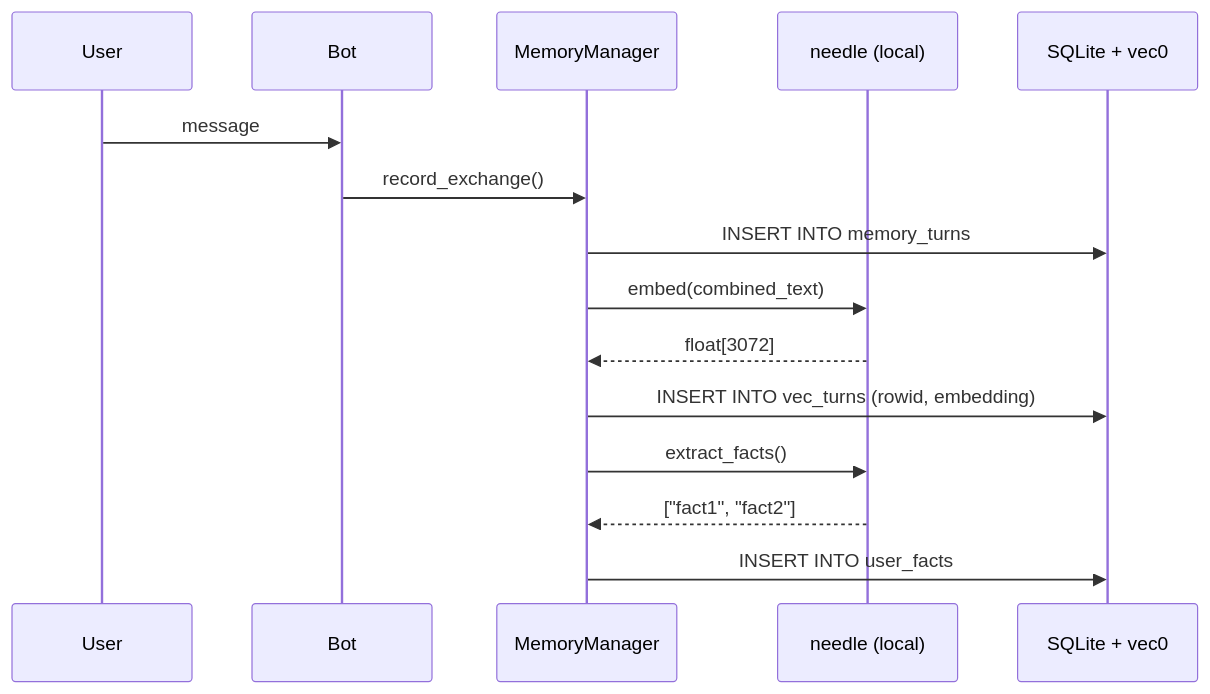
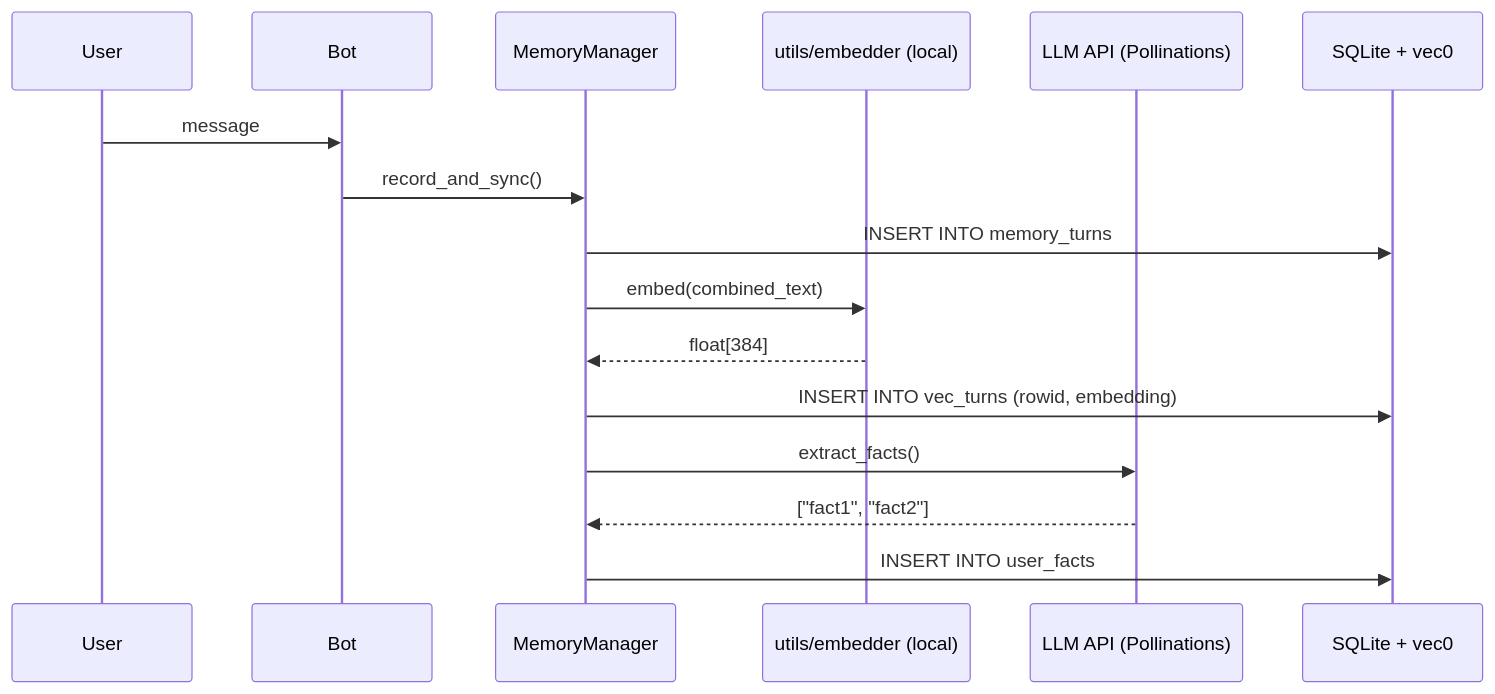
Before and after one commit to Elnix90/MP2I: the fourth of 5 diagrams in docs/memory.md, drawn with Mermaid. The commit also changed other lines of this file and 5 other files, not shown here.

````diff
--- a/docs/memory.md
+++ b/docs/memory.md
@@ -223,18 +226,19 @@
 ```mermaid
 sequenceDiagram
     participant U as User
     participant B as Bot
     participant M as MemoryManager
-    participant N as needle (local)
+    participant E as utils/embedder (local)
+    participant P as LLM API (Pollinations)
     participant DB as SQLite + vec0
 
     U->>B: message
-    B->>M: record_exchange()
+    B->>M: record_and_sync()
     M->>DB: INSERT INTO memory_turns
-    M->>N: embed(combined_text)
-    N-->>M: float[3072]
+    M->>E: embed(combined_text)
+    E-->>M: float[384]
     M->>DB: INSERT INTO vec_turns (rowid, embedding)
-    M->>N: extract_facts()
-    N-->>M: ["fact1", "fact2"]
+    M->>P: extract_facts()
+    P-->>M: ["fact1", "fact2"]
     M->>DB: INSERT INTO user_facts
 ```
````
